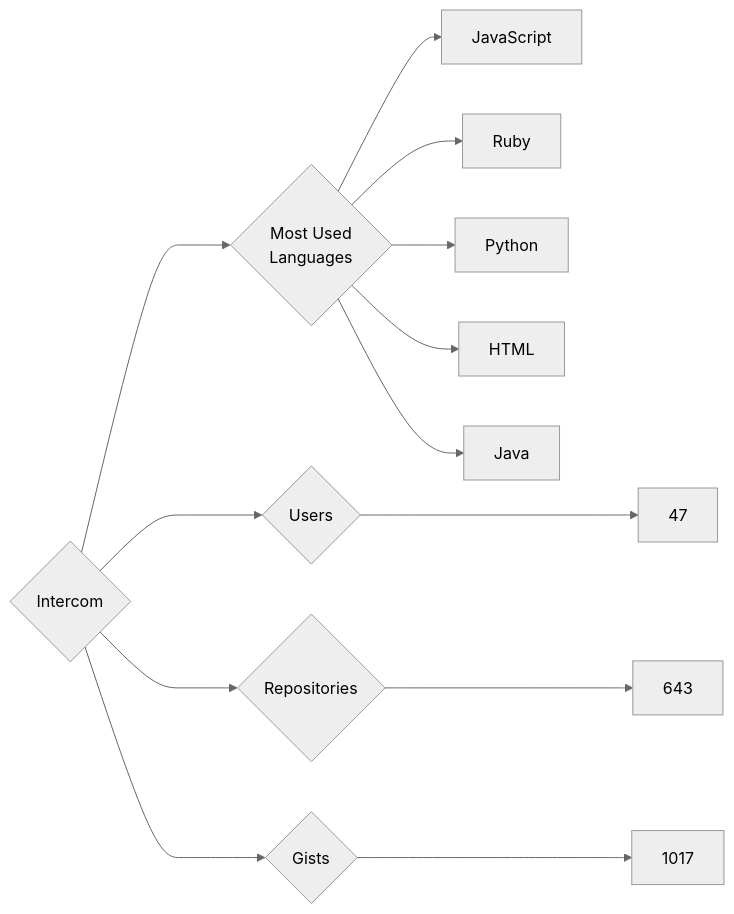
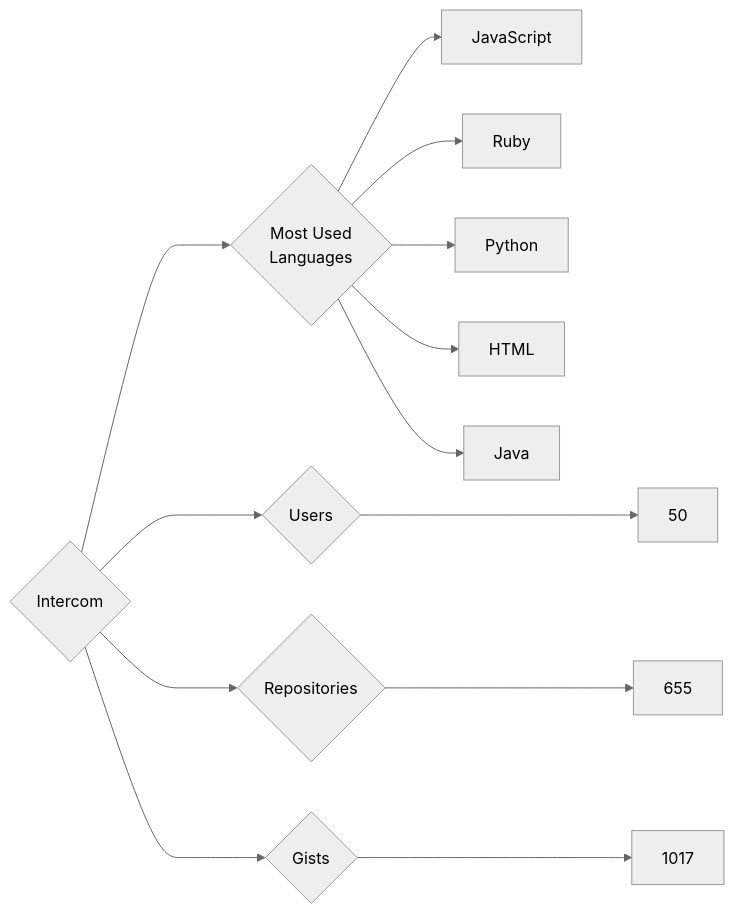
One commit to trickest/insiders changed the diagram in targets/Intercom/README.md. Above: the diagram before and after it, drawn with Mermaid (neutral theme). The commit also changed 1238 other files, not shown here.

````diff
--- a/targets/Intercom/README.md
+++ b/targets/Intercom/README.md
@@ -3,13 +3,13 @@
 ```mermaid
 graph LR
 COMPANY_NAME{Intercom}
-COMPANY_NAME ---> U{Users} ---> UN[47]
-COMPANY_NAME ---> R{Repositories} ---> RN[643]
+COMPANY_NAME ---> U{Users} ---> UN[50]
+COMPANY_NAME ---> R{Repositories} ---> RN[655]
 COMPANY_NAME ---> G{Gists} ---> GN[1017]
 COMPANY_NAME ---> ML{Most Used<br>Languages}
 ML --> JavaScript[JavaScript]
 ML --> Ruby[Ruby]
 ML --> Python[Python]
 ML --> HTML[HTML]
 ML --> Java[Java]
 ```
````
